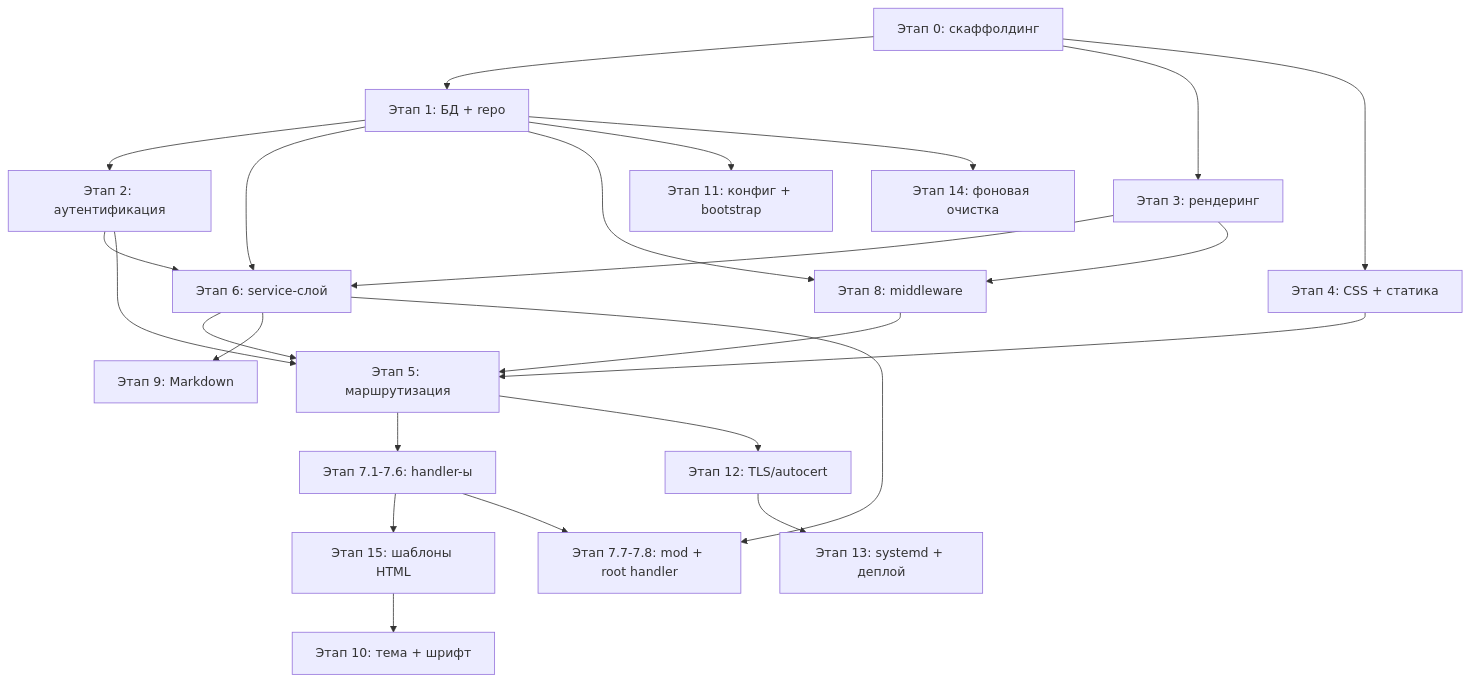
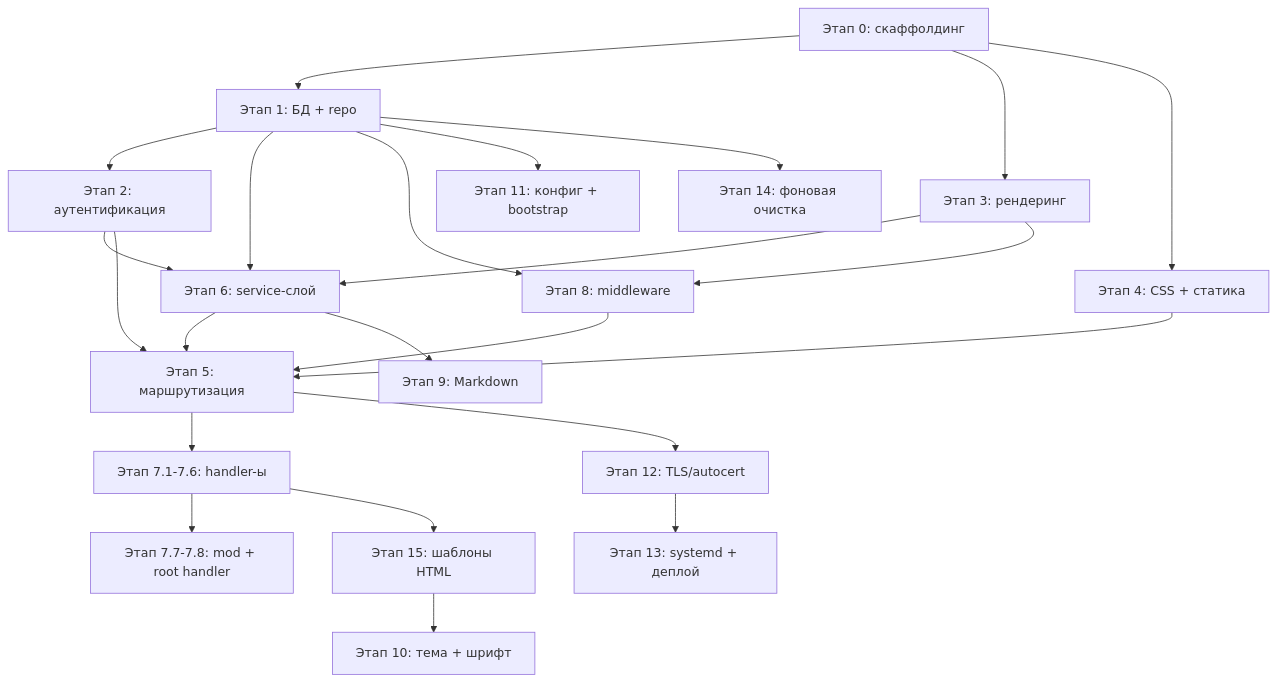
The diagram in ORDER_OF_IMPLEMENTATION.md (eugenmesenz/teblorum), drawn with Mermaid before and after one commit. The commit also changed other lines of this file and 2 other files, not shown here.

Commit message:
feat: этап 13 — systemd unit + скрипт деплоя

````diff
--- a/ORDER_OF_IMPLEMENTATION.md
+++ b/ORDER_OF_IMPLEMENTATION.md
@@ -31,26 +33,25 @@
 ```mermaid
 graph TD
     A["Этап 0: скаффолдинг"] --> B["Этап 1: БД + repo"]
     A --> C["Этап 3: рендеринг"]
     A --> D["Этап 4: CSS + статика"]
     B --> E["Этап 2: аутентификация"]
     B --> F["Этап 6: service-слой"]
     C --> F
     E --> F
     B --> G["Этап 8: middleware"]
     C --> G
     D --> H["Этап 5: маршрутизация"]
     E --> H
     F --> H
     G --> H
     H --> I["Этап 7.1-7.6: handler-ы"]
     H --> J["Этап 12: TLS/autocert"]
     F --> K["Этап 9: Markdown"]
-    I --> L["Этап 15: шаблоны HTML"]
-    I --> M["Этап 7.7-7.8: mod + root handler"]
-    F --> M
-    L --> N["Этап 10: тема + шрифт"]
-    B --> O["Этап 11: конфиг + bootstrap"]
+    I --> L["Этап 7.7-7.8: mod + root handler"]
+    I --> M["Этап 15: шаблоны HTML"]
+    B --> N["Этап 11: конфиг + bootstrap"]
+    B --> O["Этап 14: фоновая очистка"]
     J --> P["Этап 13: systemd + деплой"]
-    B --> Q["Этап 14: фоновая очистка"]
+    M --> Q["Этап 10: тема + шрифт"]
 ```
````
